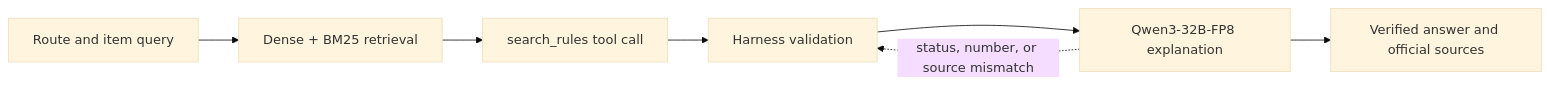
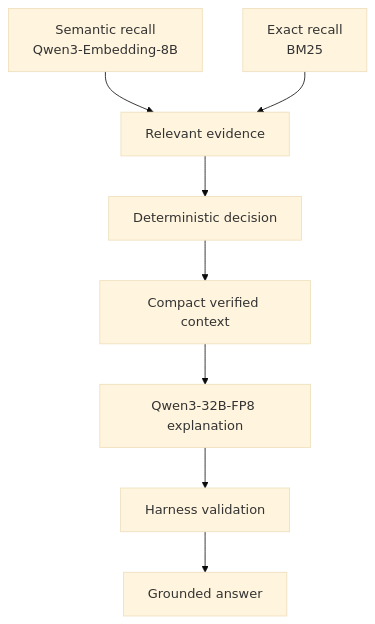
Before and after one commit to jaeunda/CarryCheck: the diagram in docs/PRESENTATION_REPORT.md, drawn with Mermaid (base theme). The commit also changed other lines of this file and 6 other files, not shown here.

````diff
--- a/docs/PRESENTATION_REPORT.md
+++ b/docs/PRESENTATION_REPORT.md
@@ -26,9 +53,10 @@
 ```mermaid
-flowchart LR
-    INPUT[Route and item query] --> RETRIEVE[Dense + BM25 retrieval]
-    RETRIEVE --> TOOL[search_rules tool call]
-    TOOL --> HARNESS[Harness validation]
-    HARNESS --> GENERATE[Qwen3-32B-FP8 explanation]
-    GENERATE --> OUTPUT[Verified answer and official sources]
-    GENERATE -. status, number, or source mismatch .-> HARNESS
+flowchart TB
+    A[Semantic recall<br/>Qwen3-Embedding-8B] --> C[Relevant evidence]
+    B[Exact recall<br/>BM25] --> C
+    C --> D[Deterministic decision]
+    D --> E[Compact verified context]
+    E --> F[Qwen3-32B-FP8 explanation]
+    F --> G[Harness validation]
+    G --> H[Grounded answer]
 ```
````
